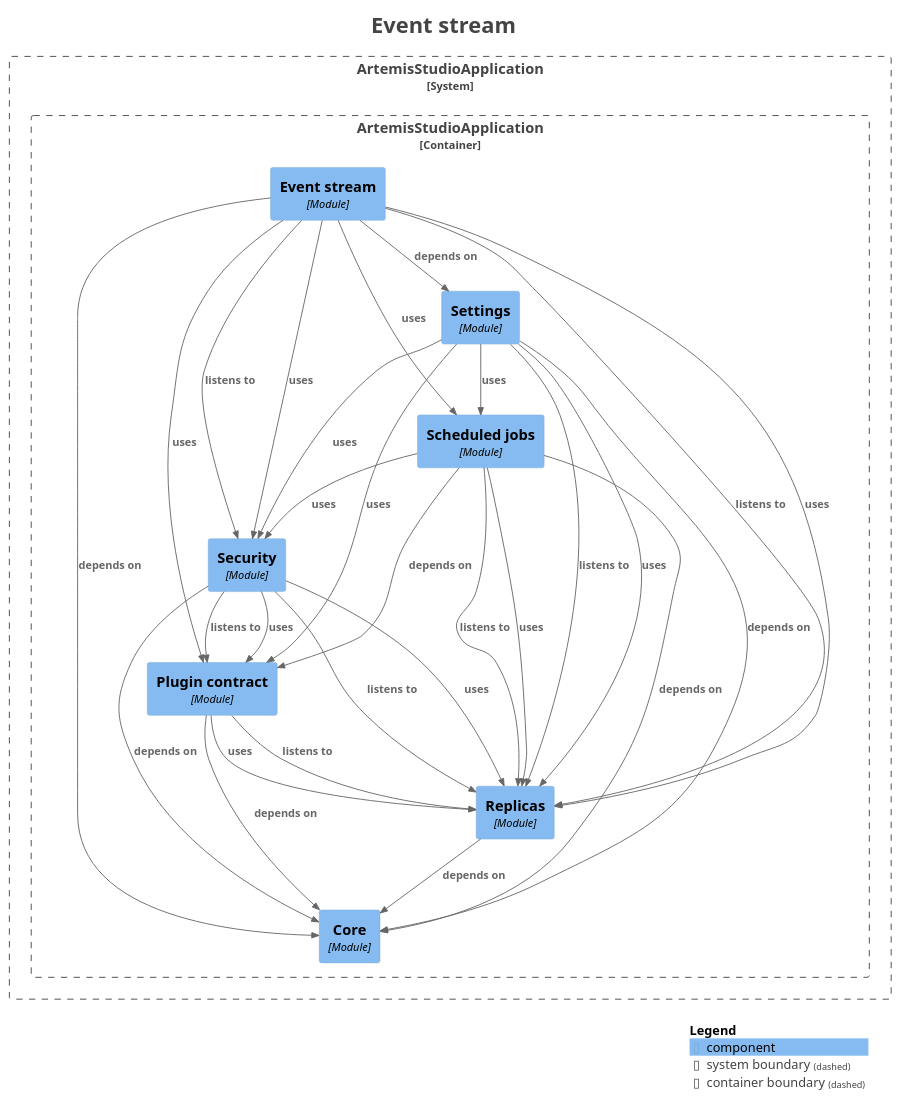
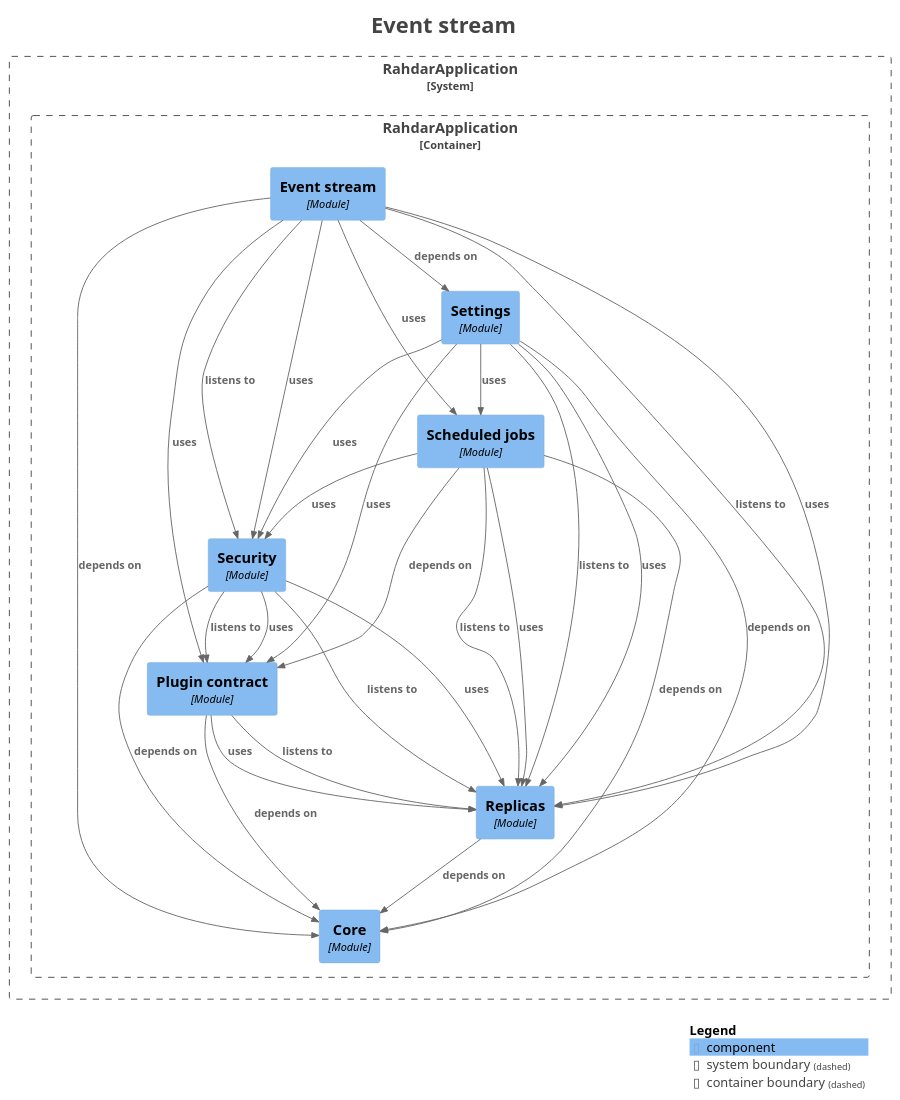
Before and after one commit to sudoitir/artemis-studio: the diagram in docs/modules/module-kernel.stream.puml, drawn with PlantUML. The commit also changed 4323 other files, not shown here.

```diff
--- a/docs/modules/module-kernel.stream.puml
+++ b/docs/modules/module-kernel.stream.puml
@@ -1,62 +1,62 @@
 @startuml
 title <size:24>Event stream</size>
 
 set separator none
 top to bottom direction
 
 <style>
   root {
     BackgroundColor: #ffffff
     FontColor: #444444
   }
 </style>
 
 !include <C4/C4>
 !include <C4/C4_Context>
 !include <C4/C4_Component>
 
-System_Boundary("ArtemisStudioApplication_boundary", "ArtemisStudioApplication", $tags="") {
-  Container_Boundary("ArtemisStudioApplication.ArtemisStudioApplication_boundary", "ArtemisStudioApplication", $tags="") {
-    Component(ArtemisStudioApplication.ArtemisStudioApplication.Core, "Core", $techn="Module", $descr="", $tags="", $link="")
-    Component(ArtemisStudioApplication.ArtemisStudioApplication.Eventstream, "Event stream", $techn="Module", $descr="", $tags="", $link="")
-    Component(ArtemisStudioApplication.ArtemisStudioApplication.Plugincontract, "Plugin contract", $techn="Module", $descr="", $tags="", $link="")
-    Component(ArtemisStudioApplication.ArtemisStudioApplication.Replicas, "Replicas", $techn="Module", $descr="", $tags="", $link="")
-    Component(ArtemisStudioApplication.ArtemisStudioApplication.Scheduledjobs, "Scheduled jobs", $techn="Module", $descr="", $tags="", $link="")
-    Component(ArtemisStudioApplication.ArtemisStudioApplication.Security, "Security", $techn="Module", $descr="", $tags="", $link="")
-    Component(ArtemisStudioApplication.ArtemisStudioApplication.Settings, "Settings", $techn="Module", $descr="", $tags="", $link="")
+System_Boundary("RahdarApplication_boundary", "RahdarApplication", $tags="") {
+  Container_Boundary("RahdarApplication.RahdarApplication_boundary", "RahdarApplication", $tags="") {
+    Component(RahdarApplication.RahdarApplication.Core, "Core", $techn="Module", $descr="", $tags="", $link="")
+    Component(RahdarApplication.RahdarApplication.Eventstream, "Event stream", $techn="Module", $descr="", $tags="", $link="")
+    Component(RahdarApplication.RahdarApplication.Plugincontract, "Plugin contract", $techn="Module", $descr="", $tags="", $link="")
+    Component(RahdarApplication.RahdarApplication.Replicas, "Replicas", $techn="Module", $descr="", $tags="", $link="")
+    Component(RahdarApplication.RahdarApplication.Scheduledjobs, "Scheduled jobs", $techn="Module", $descr="", $tags="", $link="")
+    Component(RahdarApplication.RahdarApplication.Security, "Security", $techn="Module", $descr="", $tags="", $link="")
+    Component(RahdarApplication.RahdarApplication.Settings, "Settings", $techn="Module", $descr="", $tags="", $link="")
   }
 
 }
 
-Rel(ArtemisStudioApplication.ArtemisStudioApplication.Eventstream, ArtemisStudioApplication.ArtemisStudioApplication.Core, "depends on", $techn="", $tags="", $link="")
-Rel(ArtemisStudioApplication.ArtemisStudioApplication.Eventstream, ArtemisStudioApplication.ArtemisStudioApplication.Plugincontract, "uses", $techn="", $tags="", $link="")
-Rel(ArtemisStudioApplication.ArtemisStudioApplication.Eventstream, ArtemisStudioApplication.ArtemisStudioApplication.Replicas, "listens to", $techn="", $tags="", $link="")
-Rel(ArtemisStudioApplication.ArtemisStudioApplication.Eventstream, ArtemisStudioApplication.ArtemisStudioApplication.Replicas, "uses", $techn="", $tags="", $link="")
-Rel(ArtemisStudioApplication.ArtemisStudioApplication.Eventstream, ArtemisStudioApplication.ArtemisStudioApplication.Scheduledjobs, "uses", $techn="", $tags="", $link="")
-Rel(ArtemisStudioApplication.ArtemisStudioApplication.Eventstream, ArtemisStudioApplication.ArtemisStudioApplication.Security, "listens to", $techn="", $tags="", $link="")
-Rel(ArtemisStudioApplication.ArtemisStudioApplication.Eventstream, ArtemisStudioApplication.ArtemisStudioApplication.Security, "uses", $techn="", $tags="", $link="")
-Rel(ArtemisStudioApplication.ArtemisStudioApplication.Eventstream, ArtemisStudioApplication.ArtemisStudioApplication.Settings, "depends on", $techn="", $tags="", $link="")
-Rel(ArtemisStudioApplication.ArtemisStudioApplication.Plugincontract, ArtemisStudioApplication.ArtemisStudioApplication.Core, "depends on", $techn="", $tags="", $link="")
-Rel(ArtemisStudioApplication.ArtemisStudioApplication.Plugincontract, ArtemisStudioApplication.ArtemisStudioApplication.Replicas, "listens to", $techn="", $tags="", $link="")
-Rel(ArtemisStudioApplication.ArtemisStudioApplication.Plugincontract, ArtemisStudioApplication.ArtemisStudioApplication.Replicas, "uses", $techn="", $tags="", $link="")
-Rel(ArtemisStudioApplication.ArtemisStudioApplication.Replicas, ArtemisStudioApplication.ArtemisStudioApplication.Core, "depends on", $techn="", $tags="", $link="")
-Rel(ArtemisStudioApplication.ArtemisStudioApplication.Scheduledjobs, ArtemisStudioApplication.ArtemisStudioApplication.Core, "depends on", $techn="", $tags="", $link="")
-Rel(ArtemisStudioApplication.ArtemisStudioApplication.Scheduledjobs, ArtemisStudioApplication.ArtemisStudioApplication.Plugincontract, "depends on", $techn="", $tags="", $link="")
-Rel(ArtemisStudioApplication.ArtemisStudioApplication.Scheduledjobs, ArtemisStudioApplication.ArtemisStudioApplication.Replicas, "listens to", $techn="", $tags="", $link="")
-Rel(ArtemisStudioApplication.ArtemisStudioApplication.Scheduledjobs, ArtemisStudioApplication.ArtemisStudioApplication.Replicas, "uses", $techn="", $tags="", $link="")
-Rel(ArtemisStudioApplication.ArtemisStudioApplication.Scheduledjobs, ArtemisStudioApplication.ArtemisStudioApplication.Security, "uses", $techn="", $tags="", $link="")
-Rel(ArtemisStudioApplication.ArtemisStudioApplication.Security, ArtemisStudioApplication.ArtemisStudioApplication.Core, "depends on", $techn="", $tags="", $link="")
-Rel(ArtemisStudioApplication.ArtemisStudioApplication.Security, ArtemisStudioApplication.ArtemisStudioApplication.Plugincontract, "listens to", $techn="", $tags="", $link="")
-Rel(ArtemisStudioApplication.ArtemisStudioApplication.Security, ArtemisStudioApplication.ArtemisStudioApplication.Plugincontract, "uses", $techn="", $tags="", $link="")
-Rel(ArtemisStudioApplication.ArtemisStudioApplication.Security, ArtemisStudioApplication.ArtemisStudioApplication.Replicas, "listens to", $techn="", $tags="", $link="")
-Rel(ArtemisStudioApplication.ArtemisStudioApplication.Security, ArtemisStudioApplication.ArtemisStudioApplication.Replicas, "uses", $techn="", $tags="", $link="")
-Rel(ArtemisStudioApplication.ArtemisStudioApplication.Settings, ArtemisStudioApplication.ArtemisStudioApplication.Core, "depends on", $techn="", $tags="", $link="")
-Rel(ArtemisStudioApplication.ArtemisStudioApplication.Settings, ArtemisStudioApplication.ArtemisStudioApplication.Plugincontract, "uses", $techn="", $tags="", $link="")
-Rel(ArtemisStudioApplication.ArtemisStudioApplication.Settings, ArtemisStudioApplication.ArtemisStudioApplication.Replicas, "listens to", $techn="", $tags="", $link="")
-Rel(ArtemisStudioApplication.ArtemisStudioApplication.Settings, ArtemisStudioApplication.ArtemisStudioApplication.Replicas, "uses", $techn="", $tags="", $link="")
-Rel(ArtemisStudioApplication.ArtemisStudioApplication.Settings, ArtemisStudioApplication.ArtemisStudioApplication.Scheduledjobs, "uses", $techn="", $tags="", $link="")
-Rel(ArtemisStudioApplication.ArtemisStudioApplication.Settings, ArtemisStudioApplication.ArtemisStudioApplication.Security, "uses", $techn="", $tags="", $link="")
+Rel(RahdarApplication.RahdarApplication.Eventstream, RahdarApplication.RahdarApplication.Core, "depends on", $techn="", $tags="", $link="")
+Rel(RahdarApplication.RahdarApplication.Eventstream, RahdarApplication.RahdarApplication.Plugincontract, "uses", $techn="", $tags="", $link="")
+Rel(RahdarApplication.RahdarApplication.Eventstream, RahdarApplication.RahdarApplication.Replicas, "listens to", $techn="", $tags="", $link="")
+Rel(RahdarApplication.RahdarApplication.Eventstream, RahdarApplication.RahdarApplication.Replicas, "uses", $techn="", $tags="", $link="")
+Rel(RahdarApplication.RahdarApplication.Eventstream, RahdarApplication.RahdarApplication.Scheduledjobs, "uses", $techn="", $tags="", $link="")
+Rel(RahdarApplication.RahdarApplication.Eventstream, RahdarApplication.RahdarApplication.Security, "listens to", $techn="", $tags="", $link="")
+Rel(RahdarApplication.RahdarApplication.Eventstream, RahdarApplication.RahdarApplication.Security, "uses", $techn="", $tags="", $link="")
+Rel(RahdarApplication.RahdarApplication.Eventstream, RahdarApplication.RahdarApplication.Settings, "depends on", $techn="", $tags="", $link="")
+Rel(RahdarApplication.RahdarApplication.Plugincontract, RahdarApplication.RahdarApplication.Core, "depends on", $techn="", $tags="", $link="")
+Rel(RahdarApplication.RahdarApplication.Plugincontract, RahdarApplication.RahdarApplication.Replicas, "listens to", $techn="", $tags="", $link="")
+Rel(RahdarApplication.RahdarApplication.Plugincontract, RahdarApplication.RahdarApplication.Replicas, "uses", $techn="", $tags="", $link="")
+Rel(RahdarApplication.RahdarApplication.Replicas, RahdarApplication.RahdarApplication.Core, "depends on", $techn="", $tags="", $link="")
+Rel(RahdarApplication.RahdarApplication.Scheduledjobs, RahdarApplication.RahdarApplication.Core, "depends on", $techn="", $tags="", $link="")
+Rel(RahdarApplication.RahdarApplication.Scheduledjobs, RahdarApplication.RahdarApplication.Plugincontract, "depends on", $techn="", $tags="", $link="")
+Rel(RahdarApplication.RahdarApplication.Scheduledjobs, RahdarApplication.RahdarApplication.Replicas, "listens to", $techn="", $tags="", $link="")
+Rel(RahdarApplication.RahdarApplication.Scheduledjobs, RahdarApplication.RahdarApplication.Replicas, "uses", $techn="", $tags="", $link="")
+Rel(RahdarApplication.RahdarApplication.Scheduledjobs, RahdarApplication.RahdarApplication.Security, "uses", $techn="", $tags="", $link="")
+Rel(RahdarApplication.RahdarApplication.Security, RahdarApplication.RahdarApplication.Core, "depends on", $techn="", $tags="", $link="")
+Rel(RahdarApplication.RahdarApplication.Security, RahdarApplication.RahdarApplication.Plugincontract, "listens to", $techn="", $tags="", $link="")
+Rel(RahdarApplication.RahdarApplication.Security, RahdarApplication.RahdarApplication.Plugincontract, "uses", $techn="", $tags="", $link="")
+Rel(RahdarApplication.RahdarApplication.Security, RahdarApplication.RahdarApplication.Replicas, "listens to", $techn="", $tags="", $link="")
+Rel(RahdarApplication.RahdarApplication.Security, RahdarApplication.RahdarApplication.Replicas, "uses", $techn="", $tags="", $link="")
+Rel(RahdarApplication.RahdarApplication.Settings, RahdarApplication.RahdarApplication.Core, "depends on", $techn="", $tags="", $link="")
+Rel(RahdarApplication.RahdarApplication.Settings, RahdarApplication.RahdarApplication.Plugincontract, "uses", $techn="", $tags="", $link="")
+Rel(RahdarApplication.RahdarApplication.Settings, RahdarApplication.RahdarApplication.Replicas, "listens to", $techn="", $tags="", $link="")
+Rel(RahdarApplication.RahdarApplication.Settings, RahdarApplication.RahdarApplication.Replicas, "uses", $techn="", $tags="", $link="")
+Rel(RahdarApplication.RahdarApplication.Settings, RahdarApplication.RahdarApplication.Scheduledjobs, "uses", $techn="", $tags="", $link="")
+Rel(RahdarApplication.RahdarApplication.Settings, RahdarApplication.RahdarApplication.Security, "uses", $techn="", $tags="", $link="")
 
 SHOW_LEGEND(true)
 hide stereotypes
 @enduml
```
